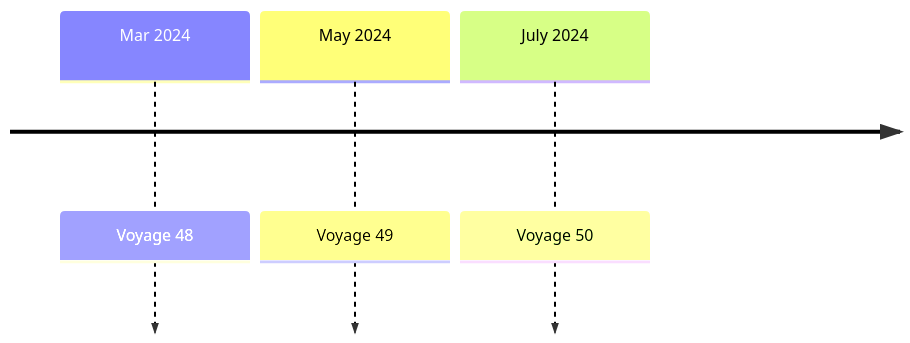
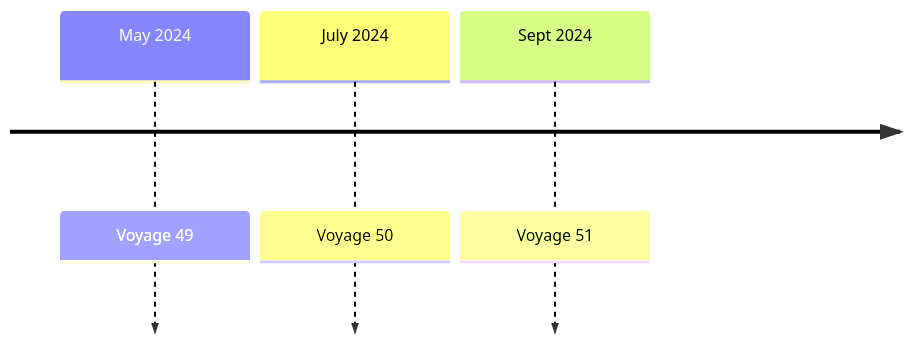
One commit to chingu-voyages/Handbook changed the diagram in docs/guides/voyage/voyage.md. Above: the diagram before and after it, drawn with Mermaid. The commit also changed other lines of this file, not shown here.

Commit message:
Feature: Add Voyage 51 to schedule

````diff
--- a/docs/guides/voyage/voyage.md
+++ b/docs/guides/voyage/voyage.md
@@ -19,6 +19,7 @@
 ```mermaid
   timeline
-    Mar 2024 : Voyage 48
     May 2024 : Voyage 49
     July 2024 : Voyage 50
+    Sept 2024 : Voyage 51
+
 ```
````
